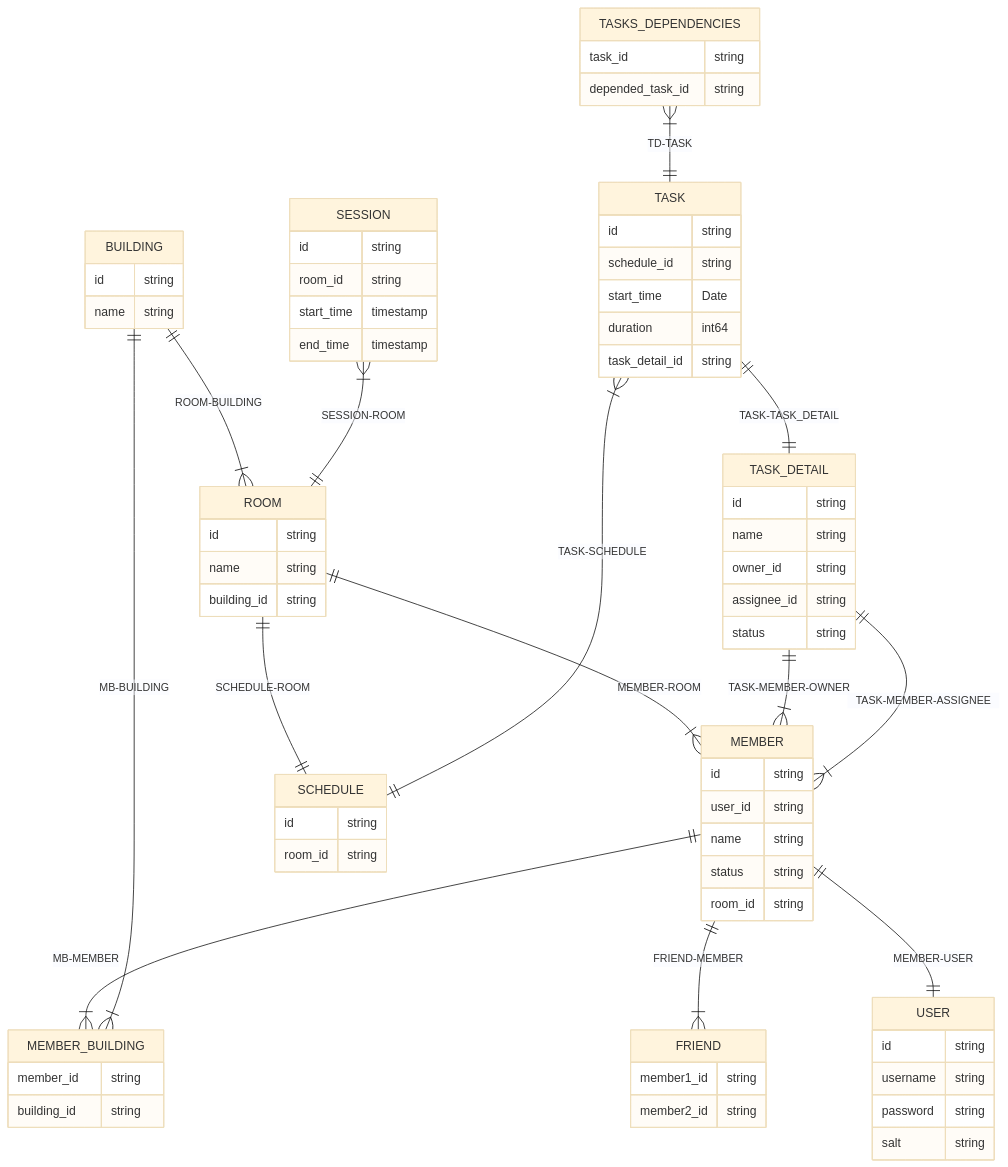
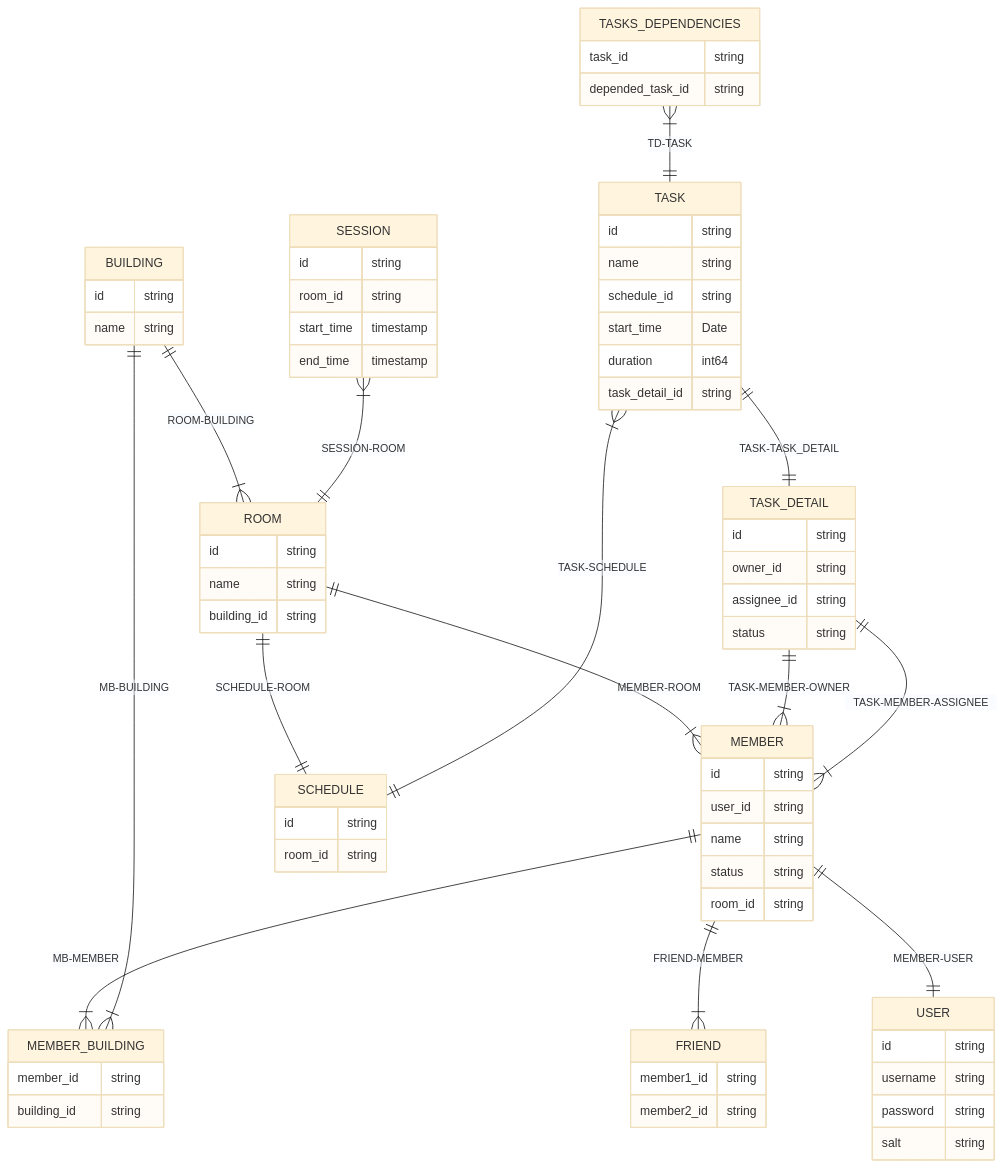
The diagram in docs/erd.md (cholazzzb/amaz_corp_be), drawn with Mermaid (base theme) before and after one commit. The commit also changed other lines of this file, not shown here.

Commit message:
docs(app): update erd

```diff
--- a/docs/erd.md
+++ b/docs/erd.md
@@ -64,6 +64,7 @@
 
     TASK {
         id string
+        name string
         schedule_id string
         start_time Date
         duration int64
@@ -77,7 +78,6 @@
 
     TASK_DETAIL {
         id string
-        name string
         owner_id string
         assignee_id string
         status string
```
